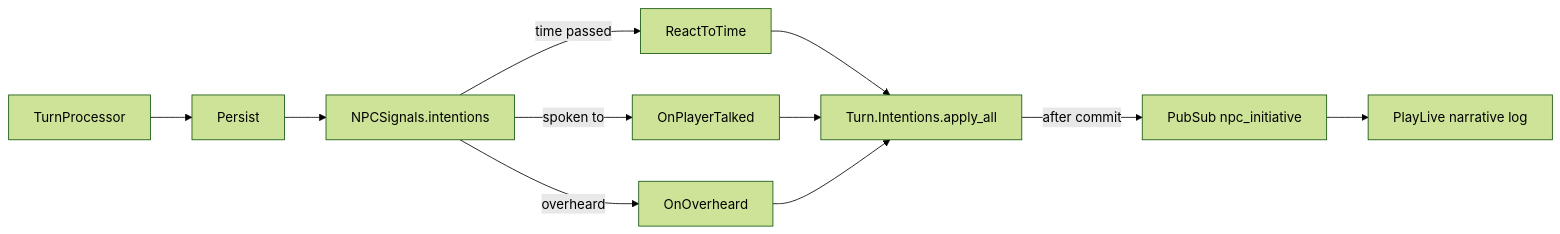
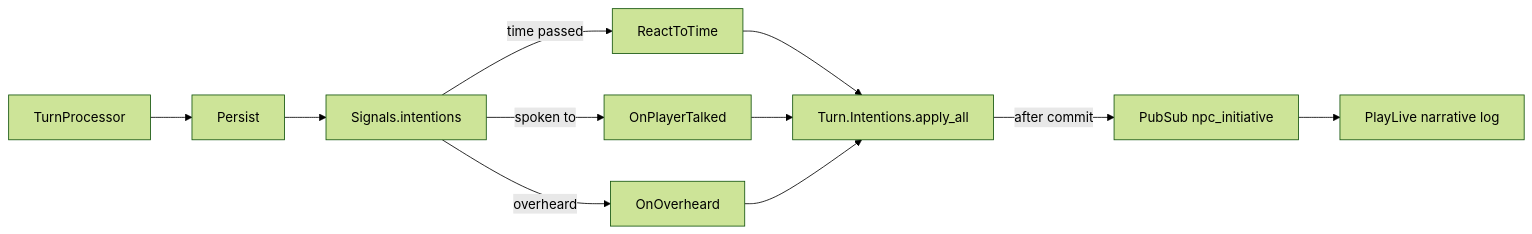
Before and after one commit to fpahlen/ex-tales-forge: the first of 3 diagrams in docs/architecture.md, drawn with Mermaid (forest theme). The commit also changed other lines of this file and 13 other files, not shown here.

Commit message:
Rename NPCSignals, NPCInitiative, Actions.NPC to GameCharacter.Signals/Initiative, Actions.Character (NPC cleanup PR 7)

````diff
--- a/docs/architecture.md
+++ b/docs/architecture.md
@@ -257,13 +257,13 @@
 ```mermaid
 flowchart LR
   TP[TurnProcessor] --> Persist
-  Persist --> Sig[NPCSignals.intentions]
+  Persist --> Sig[Signals.intentions]
   Sig -->|"time passed"| RT[ReactToTime]
   Sig -->|"spoken to"| Talk[OnPlayerTalked]
   Sig -->|"overheard"| Over[OnOverheard]
   RT --> Apply[Turn.Intentions.apply_all]
   Talk --> Apply
   Over --> Apply
   Apply -->|"after commit"| PS[PubSub npc_initiative]
   PS --> LV[PlayLive narrative log]
 ```
````
